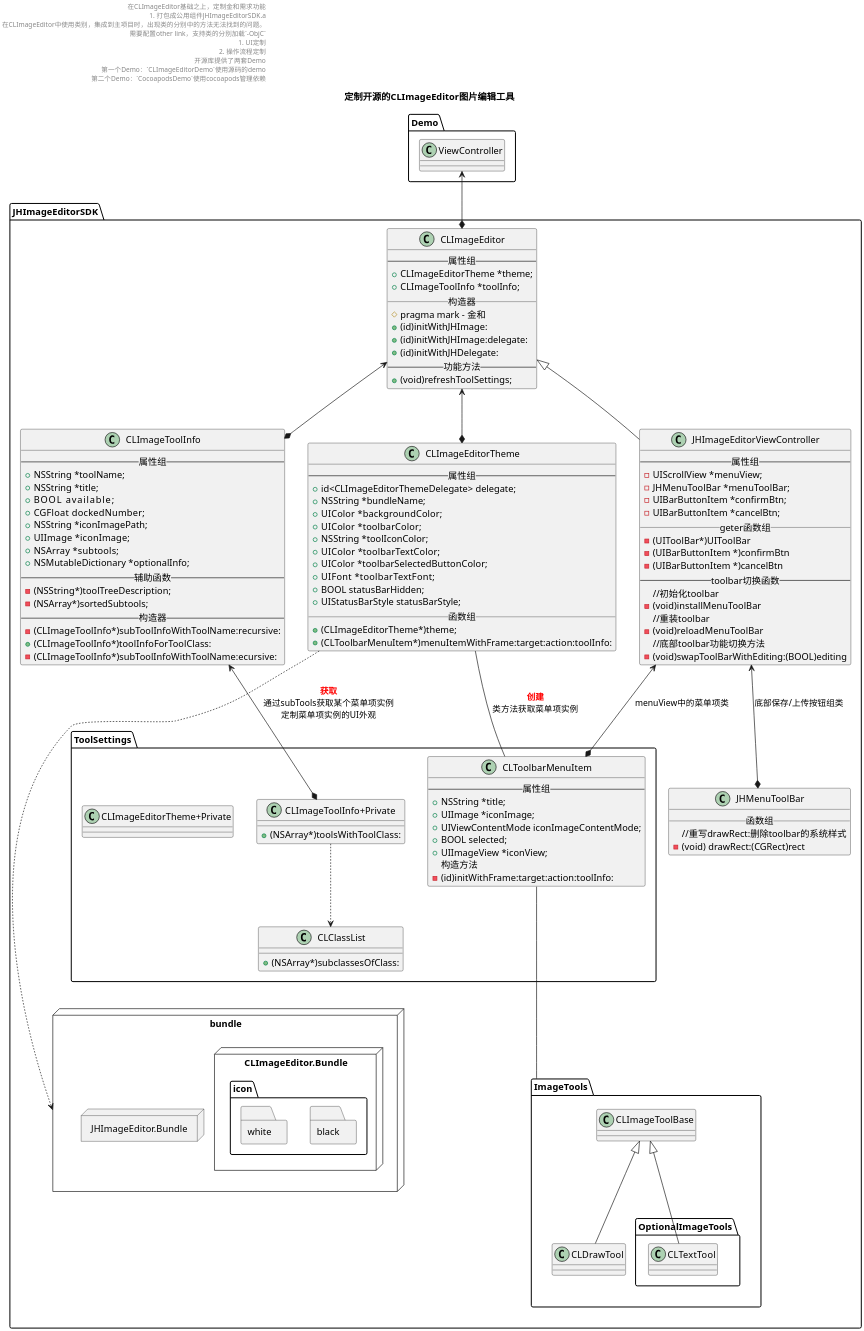
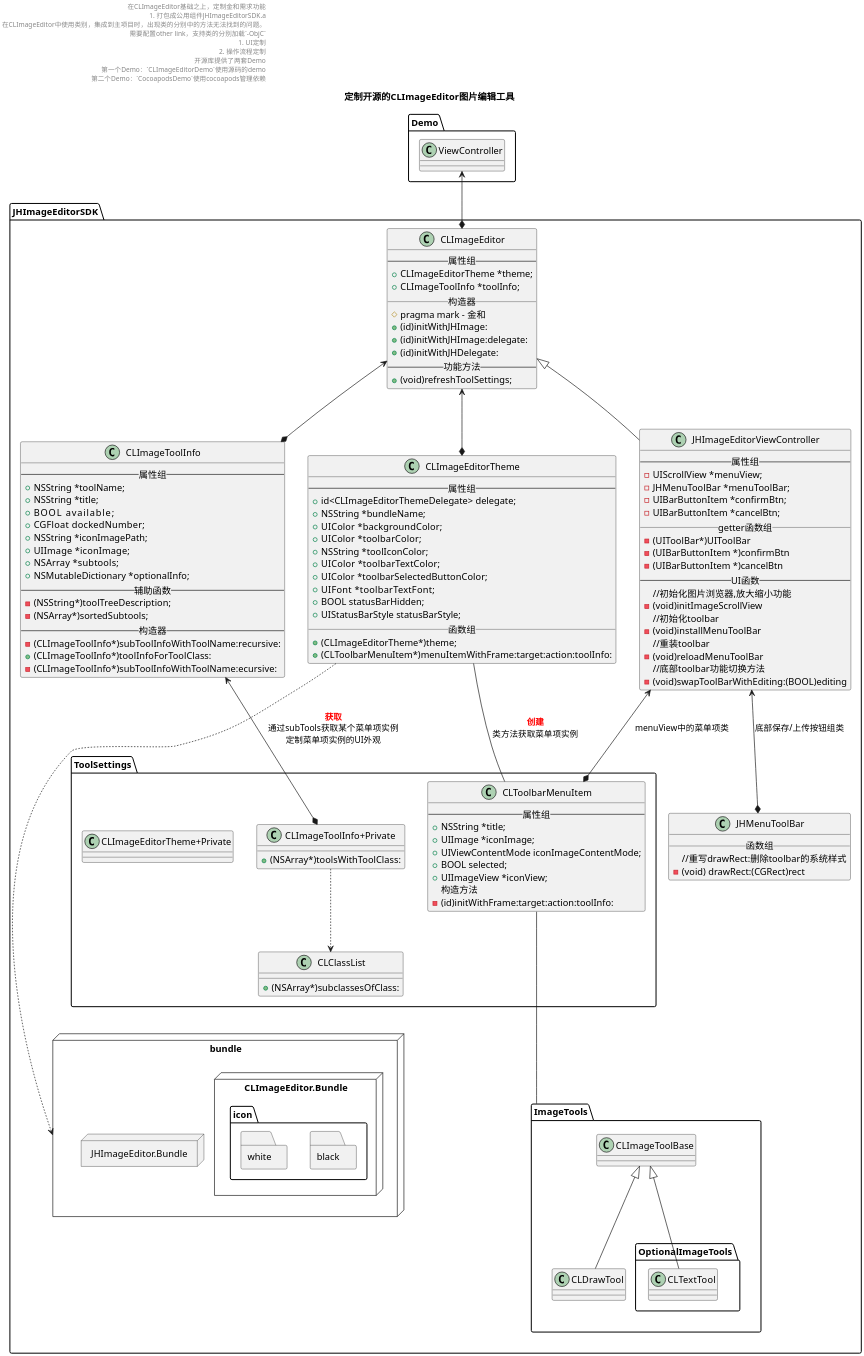
One commit to huos3203/blog changed the first of 3 diagrams in source/_drafts/定制开源的CLImageEditor图片编辑工具.md. Above: the diagram before and after it, drawn with PlantUML. The commit also changed other lines of this file, not shown here.

Commit message:
总结视图问题

```diff
--- a/source/_drafts/定制开源的CLImageEditor图片编辑工具.md
+++ b/source/_drafts/定制开源的CLImageEditor图片编辑工具.md
@@ -83,11 +83,13 @@
     - JHMenuToolBar *menuToolBar;
     - UIBarButtonItem *confirmBtn;
     - UIBarButtonItem *cancelBtn;
-    __ geter函数组__
+    __ getter函数组__
     - (UIToolBar*)UIToolBar
     - (UIBarButtonItem *)confirmBtn
     - (UIBarButtonItem *)cancelBtn
-    --toolbar切换函数--
+    --UI函数--
+    //初始化图片浏览器,放大缩小功能
+    - (void)initImageScrollView
     //初始化toolbar
     - (void)installMenuToolBar
     //重装toolbar
```
